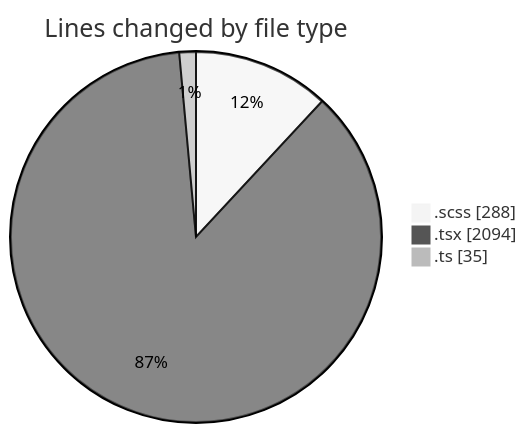
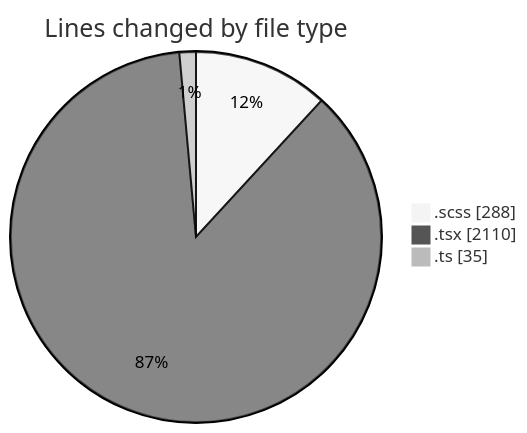
Before and after one commit to momahboobian/code-tracking: the first of 2 diagrams in 2025-02-10/cda/README.md, drawn with Mermaid (neutral theme). The commit also changed other lines of this file and 1 other file, not shown here.

````diff
--- a/2025-02-10/cda/README.md
+++ b/2025-02-10/cda/README.md
@@ -25,7 +25,7 @@
 ```mermaid
 pie showData
 title Lines changed by file type
 ".scss" : 288
-".tsx" : 2094
+".tsx" : 2110
 ".ts" : 35
 ```
````
